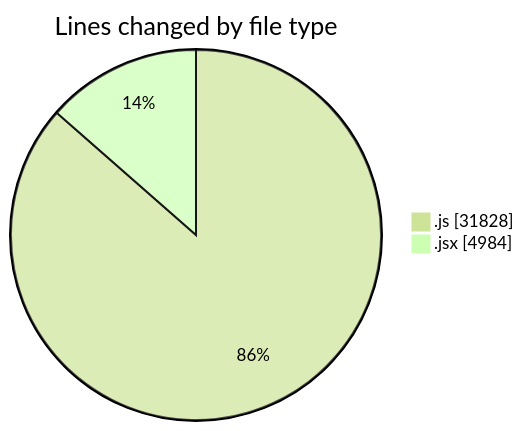
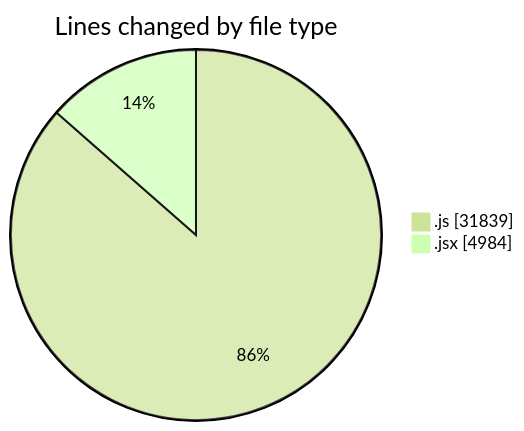
Before and after one commit to nxtqubesakshisongat/code-tracking: the first of 2 diagrams in 2025-09-30/nxtqube_webapp/README.md, drawn with Mermaid (forest theme). The commit also changed other lines of this file and 1 other file, not shown here.

````diff
--- a/2025-09-30/nxtqube_webapp/README.md
+++ b/2025-09-30/nxtqube_webapp/README.md
@@ -25,6 +25,6 @@
 ```mermaid
 pie showData
 title Lines changed by file type
-".js" : 31828
+".js" : 31839
 ".jsx" : 4984
 ```
````
